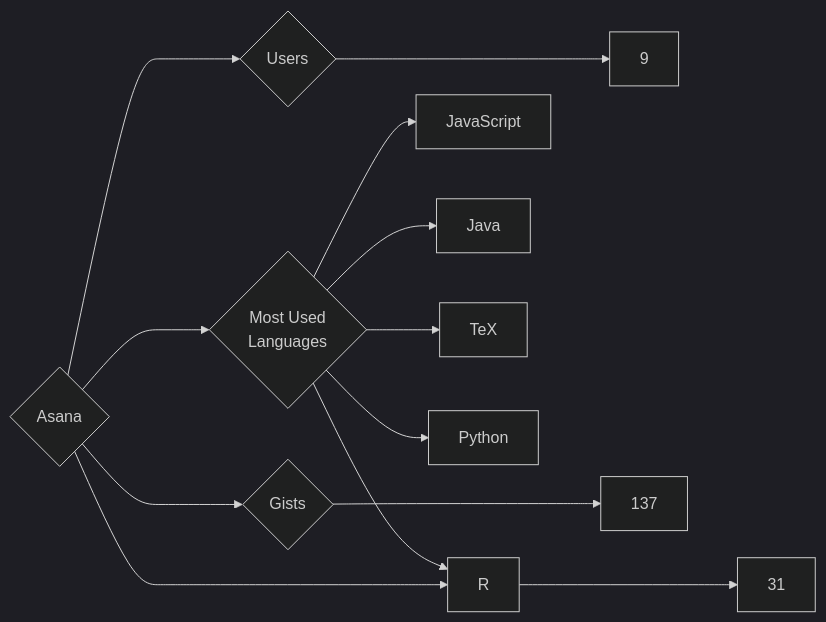
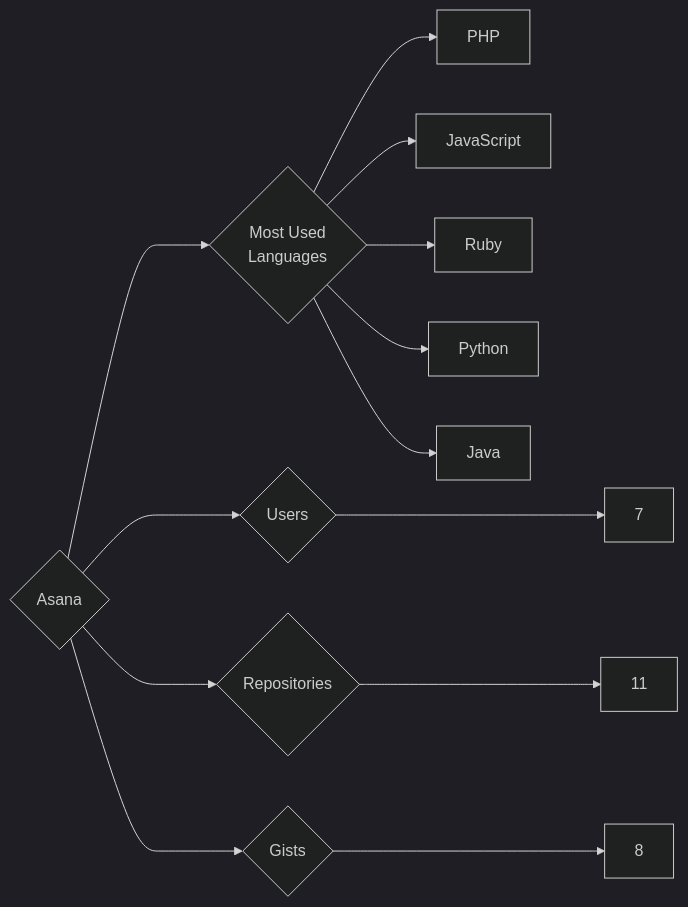
One commit to trickest/insiders changed the diagram in targets/Asana/README.md. Above: the diagram before and after it, drawn with Mermaid (dark theme). The commit also changed 1036 other files, not shown here.

````diff
--- a/targets/Asana/README.md
+++ b/targets/Asana/README.md
@@ -3,13 +3,13 @@
 ```mermaid
 graph LR
 COMPANY_NAME{Asana}
-COMPANY_NAME ---> U{Users} ---> UN[9]
-COMPANY_NAME ---> R{Repositories} ---> RN[31]
-COMPANY_NAME ---> G{Gists} ---> GN[137]
+COMPANY_NAME ---> U{Users} ---> UN[7]
+COMPANY_NAME ---> R{Repositories} ---> RN[11]
+COMPANY_NAME ---> G{Gists} ---> GN[8]
 COMPANY_NAME ---> ML{Most Used<br>Languages}
+ML --> PHP[PHP]
 ML --> JavaScript[JavaScript]
+ML --> Ruby[Ruby]
+ML --> Python[Python]
 ML --> Java[Java]
-ML --> TeX[TeX]
-ML --> Python[Python]
-ML --> R[R]
 ```
````
